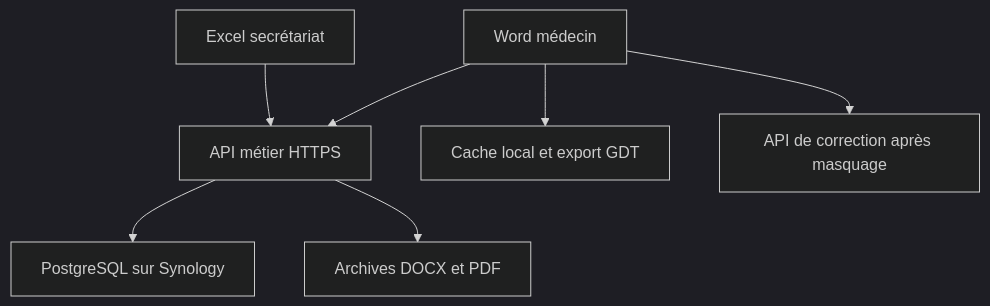
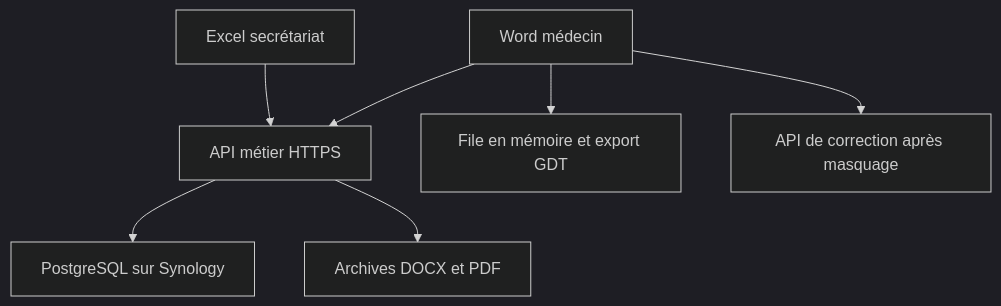
The diagram in versions/cabinet-2026.09.12/INTEGRATION_UNIFIEE.md (Mandagoutolivier/chatgpt), drawn with Mermaid (dark theme) before and after one commit. The commit also changed other lines of this file and 33 other files, not shown here.

````diff
--- a/versions/cabinet-2026.09.12/INTEGRATION_UNIFIEE.md
+++ b/versions/cabinet-2026.09.12/INTEGRATION_UNIFIEE.md
@@ -16,9 +16,9 @@
 ```mermaid
 flowchart TD
   X["Excel secrétariat"] --> A["API métier HTTPS"]
   W["Word médecin"] --> A
   A --> P["PostgreSQL sur Synology"]
   A --> D["Archives DOCX et PDF"]
-  W --> C["Cache local et export GDT"]
+  W --> C["File en mémoire et export GDT"]
   W --> O["API de correction après masquage"]
 ```
````
